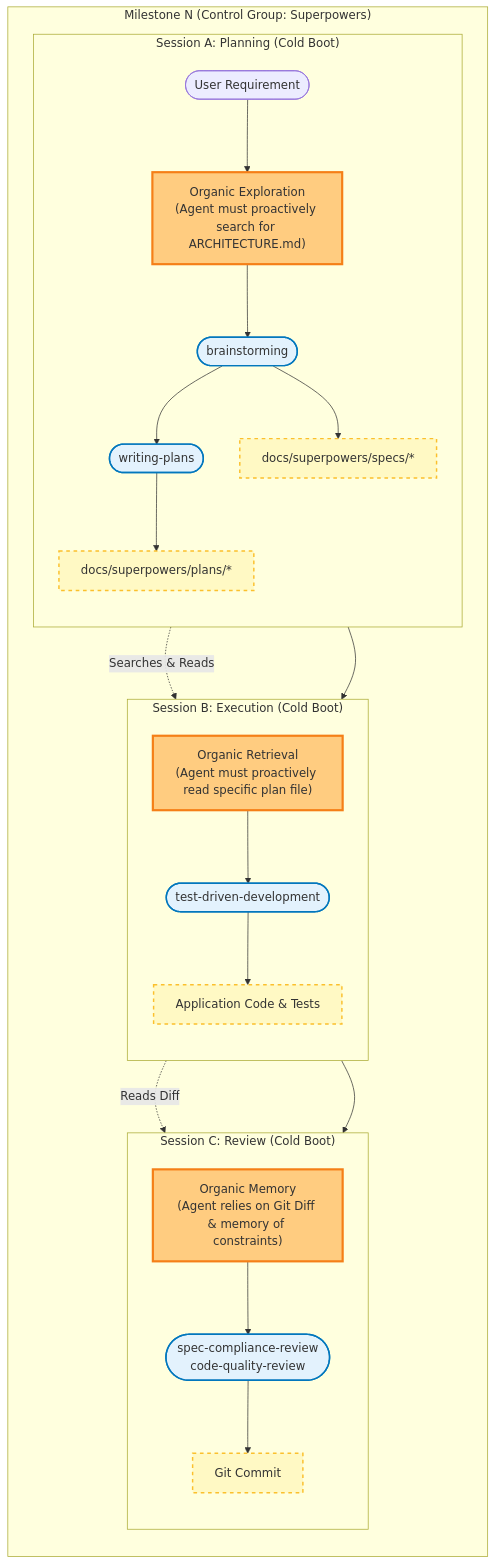
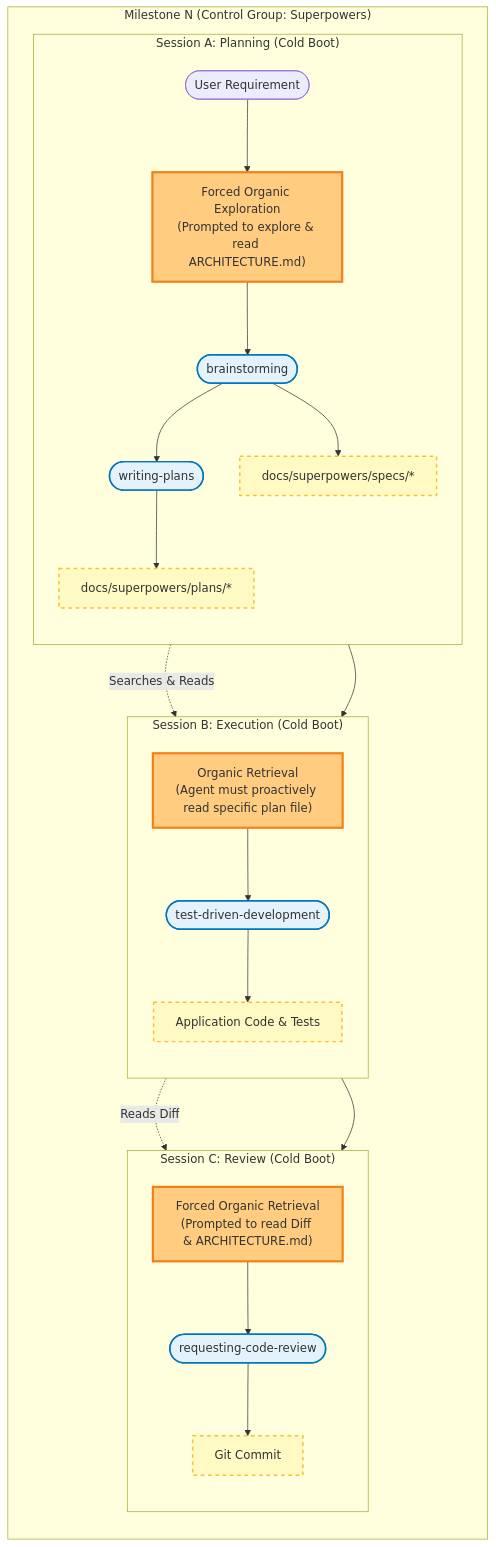
Before and after one commit to coretexthq/coretext: the first of 2 diagrams in experiments/trore-v2/experiments.md, drawn with Mermaid. The commit also changed other lines of this file and 34 other files, not shown here.

Commit message:
refactor: migrate coretext project structure to a centralized SDD-based architecture by relocating documentation and core engine components.

````diff
--- a/experiments/trore-v2/experiments.md
+++ b/experiments/trore-v2/experiments.md
@@ -137,54 +137,54 @@
 ```mermaid
 flowchart TB
     classDef session fill:#fce4ec,stroke:#880e4f,stroke-width:2px;
     classDef skill fill:#e3f2fd,stroke:#0277bd,stroke-width:2px;
     classDef artifact fill:#fff9c4,stroke:#fbc02d,stroke-width:2px,stroke-dasharray: 5 5;
     classDef difference fill:#ffcc80,stroke:#f57f17,stroke-width:3px;
 
     subgraph Milestone ["Milestone N (Control Group: Superpowers)"]
         direction TB
 
         subgraph SessionA ["Session A: Planning (Cold Boot)"]
             direction TB
             InputA([User Requirement])
-            ContextA["Organic Exploration<br/>(Agent must proactively search for ARCHITECTURE.md)"]:::difference
+            ContextA["Forced Organic Exploration<br/>(Prompted to explore & read ARCHITECTURE.md)"]:::difference
             Skill_Brainstorm([brainstorming]):::skill
             Skill_Plan([writing-plans]):::skill
             
             InputA --> ContextA
             ContextA --> Skill_Brainstorm
             Skill_Brainstorm --> Skill_Plan
             
             Art_Spec[docs/superpowers/specs/*]:::artifact
             Art_Plan[docs/superpowers/plans/*]:::artifact
             
             Skill_Brainstorm --> Art_Spec
             Skill_Plan --> Art_Plan
         end
 
         subgraph SessionB ["Session B: Execution (Cold Boot)"]
             direction TB
             ContextB["Organic Retrieval<br/>(Agent must proactively read specific plan file)"]:::difference
             Skill_TDD([test-driven-development]):::skill
             Art_Code[Application Code & Tests]:::artifact
             
             Art_Plan -. "Searches & Reads" .-> ContextB
             ContextB --> Skill_TDD
             Skill_TDD --> Art_Code
         end
 
         subgraph SessionC ["Session C: Review (Cold Boot)"]
             direction TB
-            ContextC["Organic Memory<br/>(Agent relies on Git Diff & memory of constraints)"]:::difference
-            Skill_Review([spec-compliance-review<br/>code-quality-review]):::skill
+            ContextC["Forced Organic Retrieval<br/>(Prompted to read Diff & ARCHITECTURE.md)"]:::difference
+            Skill_Review([requesting-code-review]):::skill
             Art_Commit[Git Commit]:::artifact
             
             Art_Code -. "Reads Diff" .-> ContextC
             ContextC --> Skill_Review
             Skill_Review --> Art_Commit
         end
         
         SessionA --> SessionB
         SessionB --> SessionC
     end
 ```
````
